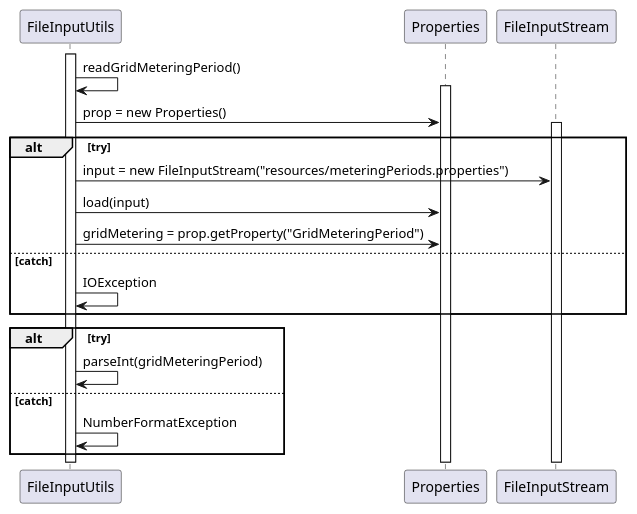
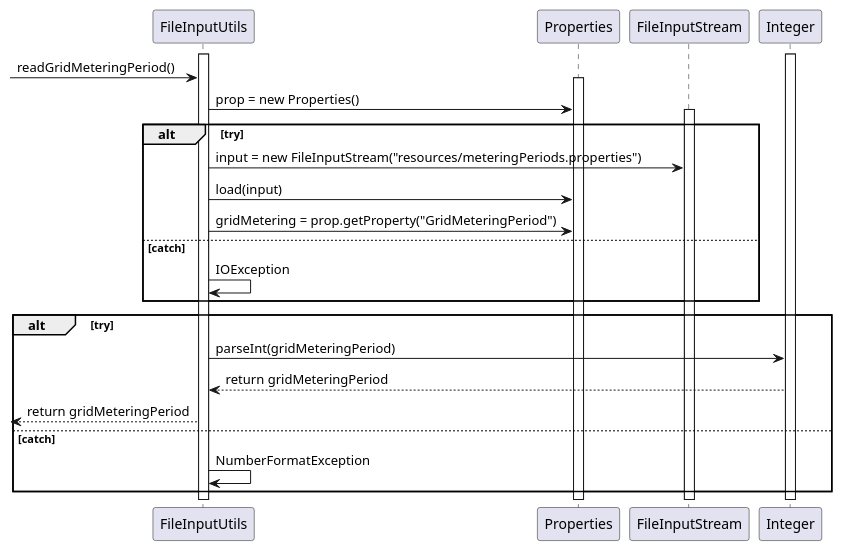
Before and after one commit to Almadanmp/project: the diagram in uml/US51/US51_readConfigFile.puml, drawn with PlantUML. The commit also changed 3 other files, not shown here.

First line of the commit message:
REF #98 US50 eliminate duplicated method readDeviceMeteringPeriod2() deviceMeteringPeriodValidation optimization

```diff
--- a/uml/US51/US51_readConfigFile.puml
+++ b/uml/US51/US51_readConfigFile.puml
@@ -3,26 +3,29 @@
 @startuml
 activate FileInputUtils
-FileInputUtils -> FileInputUtils: readGridMeteringPeriod()
+-> FileInputUtils: readGridMeteringPeriod()
 activate Properties
 FileInputUtils -> Properties: prop = new Properties()
 
 alt try
 activate FileInputStream
 FileInputUtils -> FileInputStream: input = new FileInputStream("resources/meteringPeriods.properties")
 FileInputUtils -> Properties: load(input)
 FileInputUtils -> Properties: gridMetering = prop.getProperty("GridMeteringPeriod")
 
 else catch
 FileInputUtils -> FileInputUtils: IOException
 
 end
+activate Integer
+alt try
+FileInputUtils -> Integer: parseInt(gridMeteringPeriod)
+Integer --> FileInputUtils: return gridMeteringPeriod
+<-- FileInputUtils: return gridMeteringPeriod
 
-alt try
-FileInputUtils -> FileInputUtils: parseInt(gridMeteringPeriod)
 
 else catch
 FileInputUtils -> FileInputUtils: NumberFormatException
 
 end
 
 @enduml
```
